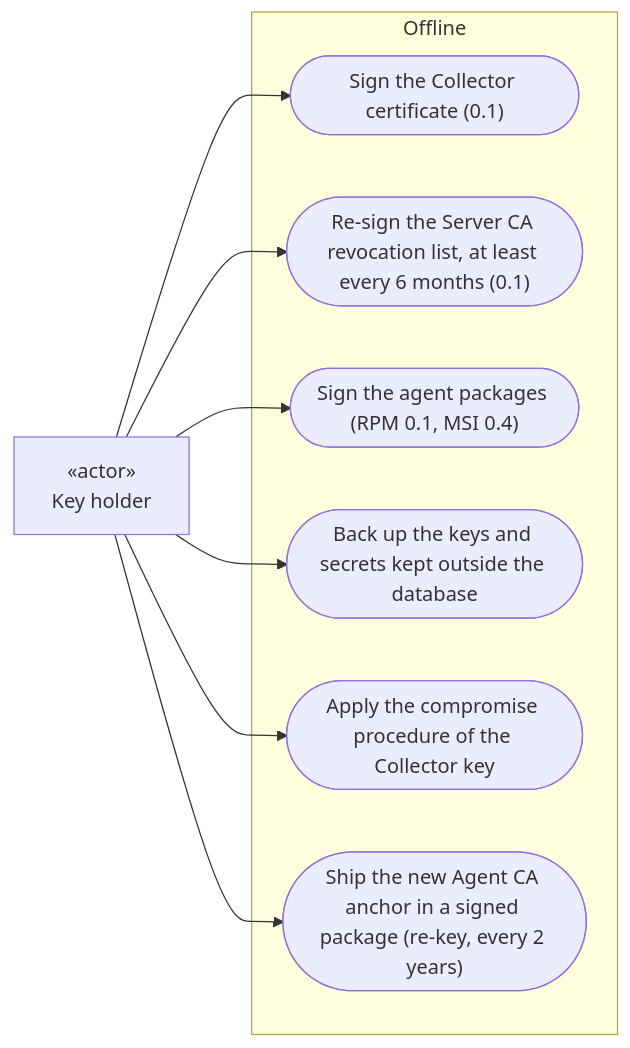
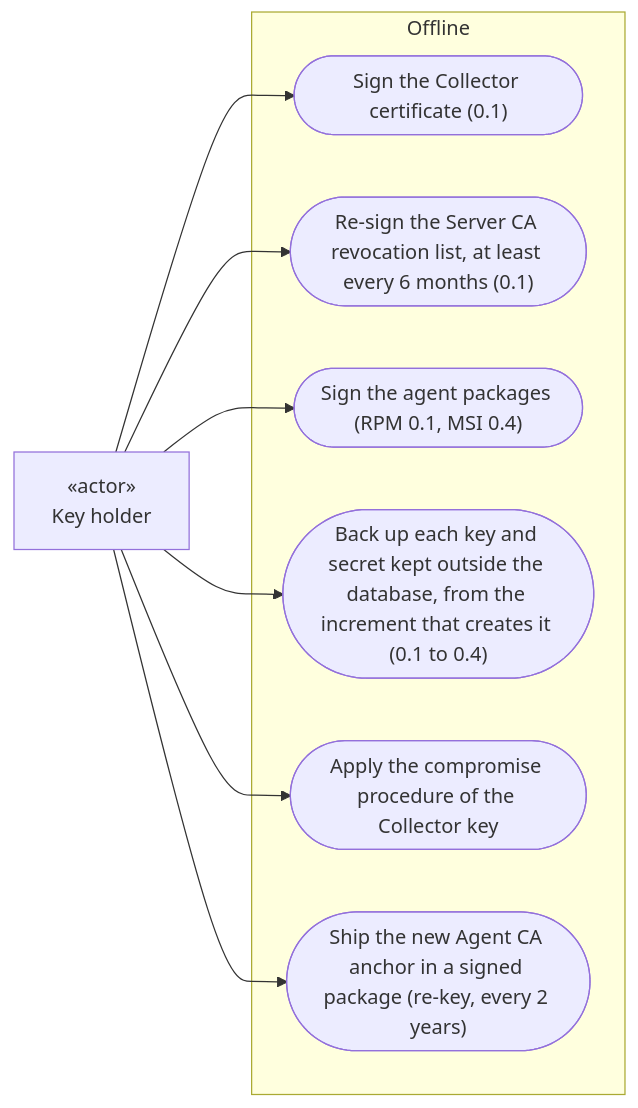
The fourth of 6 diagrams in doc/analyse/uml/v1/use-cases.md (micdef/Dashboard), drawn with Mermaid before and after one commit. The commit also changed other lines of this file and 3 other files, not shown here.

````diff
--- a/doc/analyse/uml/v1/use-cases.md
+++ b/doc/analyse/uml/v1/use-cases.md
@@ -146,20 +162,20 @@
 ```mermaid
 flowchart LR
     KeyHolder["«actor»<br/>Key holder"]
 
     subgraph Offline ["Offline"]
         SignServer(["Sign the Collector certificate (0.1)"])
         SignCrl(["Re-sign the Server CA revocation list, at least every 6 months (0.1)"])
         SignPackages(["Sign the agent packages (RPM 0.1, MSI 0.4)"])
-        BackupKeys(["Back up the keys and secrets kept outside the database"])
+        BackupKeys(["Back up each key and secret kept outside the database, from the increment that creates it (0.1 to 0.4)"])
         Compromise(["Apply the compromise procedure of the Collector key"])
         Rekey(["Ship the new Agent CA anchor in a signed package (re-key, every 2 years)"])
     end
 
     KeyHolder --> SignServer
     KeyHolder --> SignCrl
     KeyHolder --> SignPackages
     KeyHolder --> BackupKeys
     KeyHolder --> Compromise
     KeyHolder --> Rekey
 ```
````
